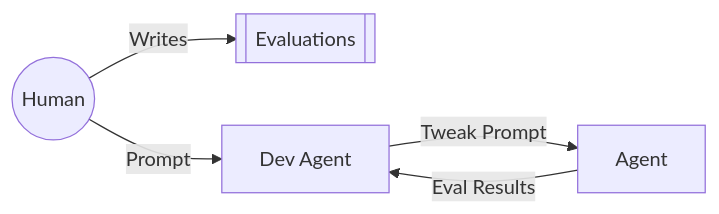
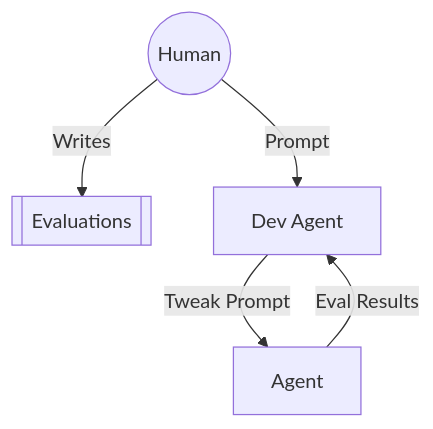
One commit to cjlludwig/cjlludwig.github.io changed the diagram in blogs/3-14-26-agents-writing-agents.md. Above: the diagram before and after it, drawn with Mermaid. The commit also changed 18 other files, not shown here.

````diff
--- a/blogs/3-14-26-agents-writing-agents.md
+++ b/blogs/3-14-26-agents-writing-agents.md
@@ -12,8 +12,8 @@
 ```mermaid
-flowchart LR
+flowchart TD
     human((Human))-->|Writes|evaluations
     human-->|Prompt|devAgent
     devAgent[Dev Agent]-->|Tweak Prompt|agent
     agent[Agent]-->|Eval Results|devAgent
     evaluations[[Evaluations]]
 ```
````
